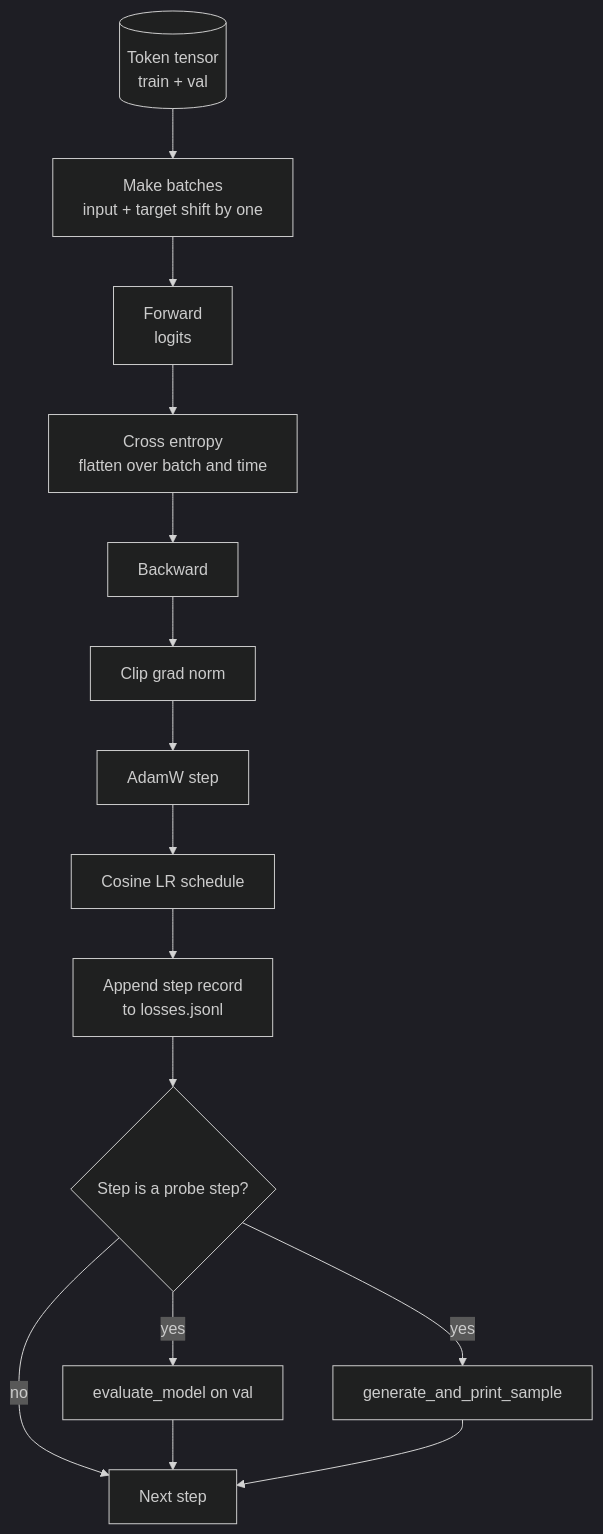
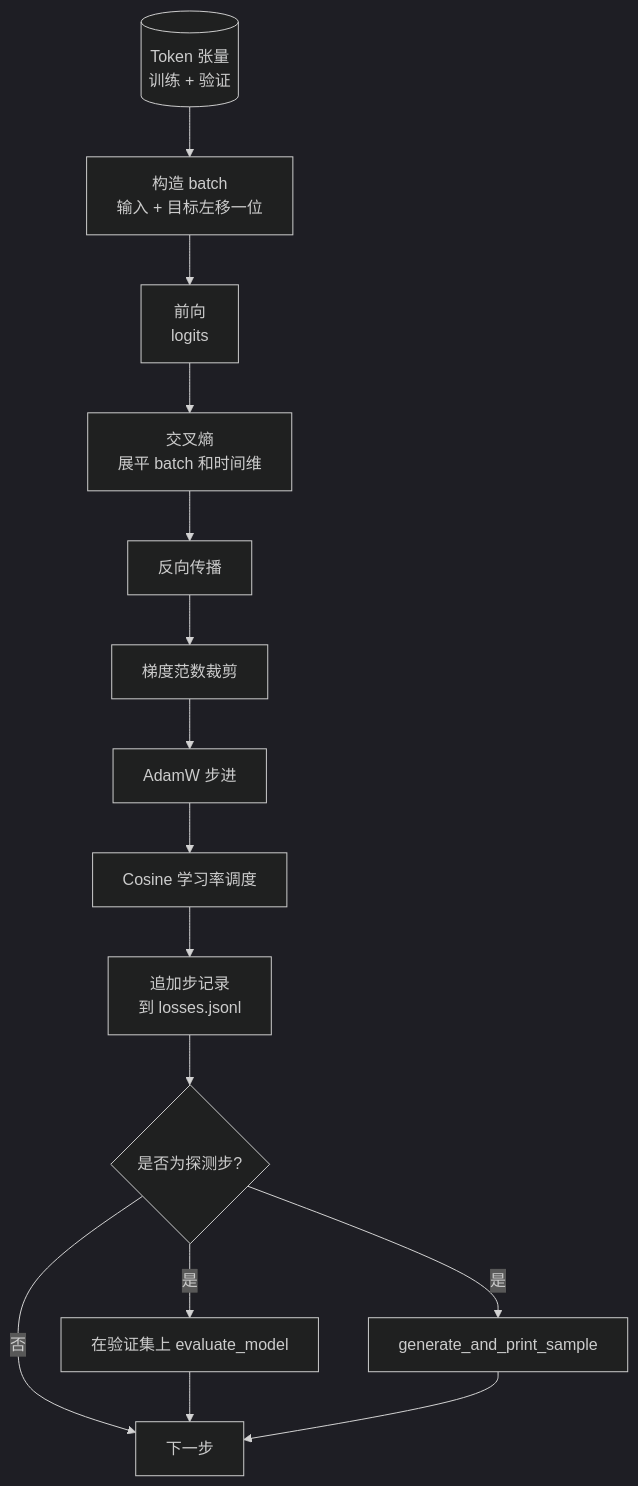
One commit to alessandrodinisio-ai/ai-engineering-learning-framework changed the diagram in phases/19-capstone-projects/36-training-loop-eval/docs/zh.md. Above: the diagram before and after it, drawn with Mermaid (dark theme). The commit also changed 120 other files, not shown here.

First line of the commit message:
i18n(mermaid): 337 个 mermaid 图表标签中文化

````diff
--- a/phases/19-capstone-projects/36-training-loop-eval/docs/zh.md
+++ b/phases/19-capstone-projects/36-training-loop-eval/docs/zh.md
@@ -33,17 +33,17 @@
 ```mermaid
 flowchart TB
-  D[(Token tensor<br/>train + val)] --> B[Make batches<br/>input + target shift by one]
-  B --> F[Forward<br/>logits]
-  F --> L[Cross entropy<br/>flatten over batch and time]
-  L --> Bw[Backward]
-  Bw --> Cg[Clip grad norm]
-  Cg --> Step[AdamW step]
-  Step --> Sched[Cosine LR schedule]
-  Sched --> JL[Append step record<br/>to losses.jsonl]
-  JL --> Probe{Step is a probe step?}
-  Probe -- yes --> Eval[evaluate_model on val]
-  Probe -- yes --> Sample[generate_and_print_sample]
-  Probe -- no --> Next[Next step]
+  D[(Token 张量<br/>训练 + 验证)] --> B[构造 batch<br/>输入 + 目标左移一位]
+  B --> F[前向<br/>logits]
+  F --> L[交叉熵<br/>展平 batch 和时间维]
+  L --> Bw[反向传播]
+  Bw --> Cg[梯度范数裁剪]
+  Cg --> Step[AdamW 步进]
+  Step --> Sched[Cosine 学习率调度]
+  Sched --> JL[追加步记录<br/>到 losses.jsonl]
+  JL --> Probe{是否为探测步?}
+  Probe -- 是 --> Eval[在验证集上 evaluate_model]
+  Probe -- 是 --> Sample[generate_and_print_sample]
+  Probe -- 否 --> Next[下一步]
   Eval --> Next
   Sample --> Next
 ```
````
